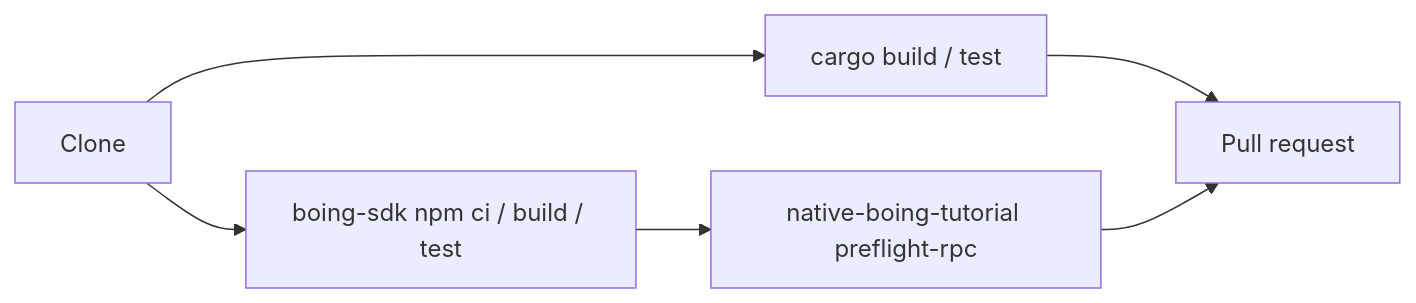
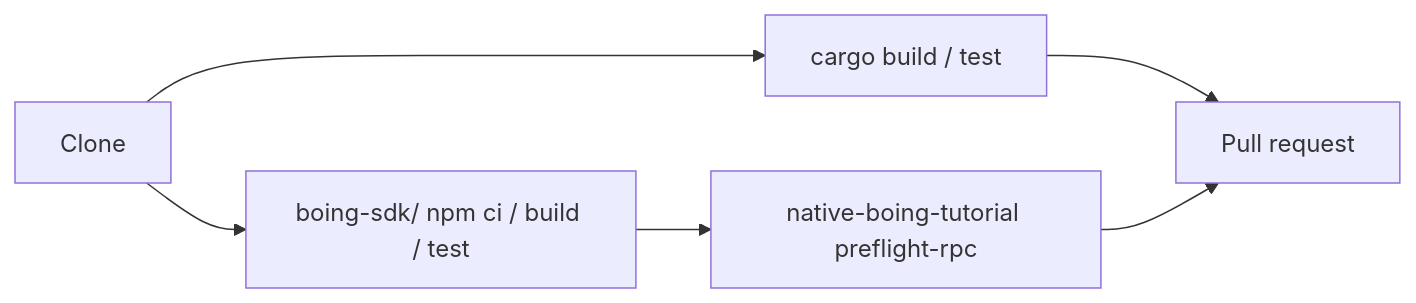
One commit to Boing-Network/boing.network changed the diagram in CONTRIBUTING.md. Above: the diagram before and after it, drawn with Mermaid. The commit also changed other lines of this file and 14 other files, not shown here.

First line of the commit message:
docs: point consumers at @boing-network/boing-sdk@0.5.24

````diff
--- a/CONTRIBUTING.md
+++ b/CONTRIBUTING.md
@@ -9,8 +9,8 @@
 ```mermaid
 flowchart LR
   Clone[Clone] --> Rust[cargo build / test]
-  Clone --> SDK[boing-sdk npm ci / build / test]
+  Clone --> SDK["boing-sdk/ npm ci / build / test"]
   SDK --> Tutorial[native-boing-tutorial preflight-rpc]
   Rust --> PR[Pull request]
   Tutorial --> PR
 ```
````
